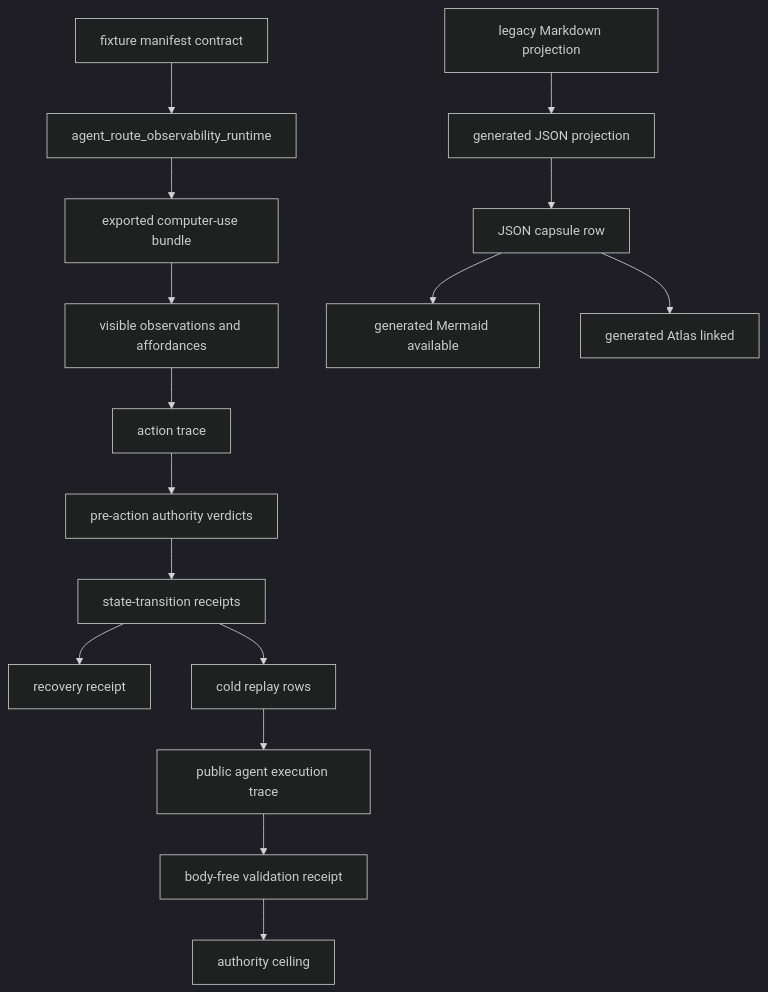
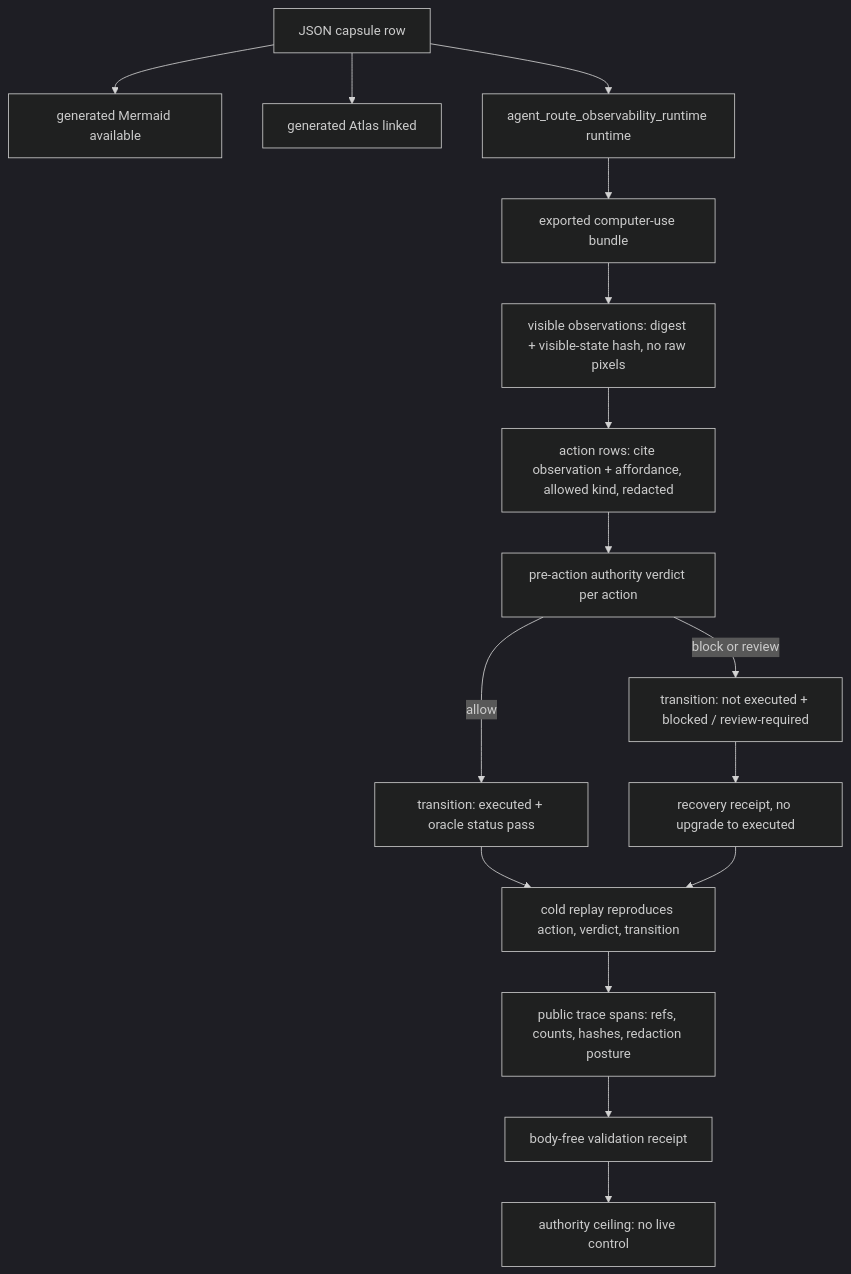
The diagram in paper_modules/computer_use_action_trace_replay.md (wcook04/plectis), drawn with Mermaid (dark theme) before and after one commit. The commit also changed other lines of this file and 90 other files, not shown here.

First line of the commit message:
microcosm: enrich public paper-module prose and Shape diagrams (91 modules)

````diff
--- a/paper_modules/computer_use_action_trace_replay.md
+++ b/paper_modules/computer_use_action_trace_replay.md
@@ -26,34 +60,19 @@
 ```mermaid
 flowchart TD
-  legacy["legacy Markdown projection"]
-  generated["generated JSON projection"]
   capsule["JSON capsule row"]
-  manifest["fixture manifest contract"]
-  organ["agent_route_observability_runtime"]
-  bundle["exported computer-use bundle"]
-  observations["visible observations and affordances"]
-  actions["action trace"]
-  verdicts["pre-action authority verdicts"]
-  transitions["state-transition receipts"]
-  recovery["recovery receipt"]
-  cold["cold replay rows"]
-  public_trace["public agent execution trace"]
-  receipt["body-free validation receipt"]
-  ceiling["authority ceiling"]
-
-  legacy --> generated
-  generated --> capsule
   capsule --> mermaid["generated Mermaid available"]
   capsule --> atlas["generated Atlas linked"]
-  manifest --> organ
-  organ --> bundle
-  bundle --> observations
-  observations --> actions
-  actions --> verdicts
-  verdicts --> transitions
-  transitions --> recovery
-  transitions --> cold
-  cold --> public_trace
-  public_trace --> receipt
-  receipt --> ceiling
+  capsule --> organ["agent_route_observability_runtime runtime"]
+  organ --> bundle["exported computer-use bundle"]
+  bundle --> observations["visible observations: digest + visible-state hash, no raw pixels"]
+  observations --> actions["action rows: cite observation + affordance, allowed kind, redacted"]
+  actions --> verdicts["pre-action authority verdict per action"]
+  verdicts -->|allow| executed["transition: executed + oracle status pass"]
+  verdicts -->|block or review| held["transition: not executed + blocked / review-required"]
+  held --> recovery["recovery receipt, no upgrade to executed"]
+  executed --> cold["cold replay reproduces action, verdict, transition"]
+  recovery --> cold
+  cold --> trace["public trace spans: refs, counts, hashes, redaction posture"]
+  trace --> receipt["body-free validation receipt"]
+  receipt --> ceiling["authority ceiling: no live control"]
 ```
````
